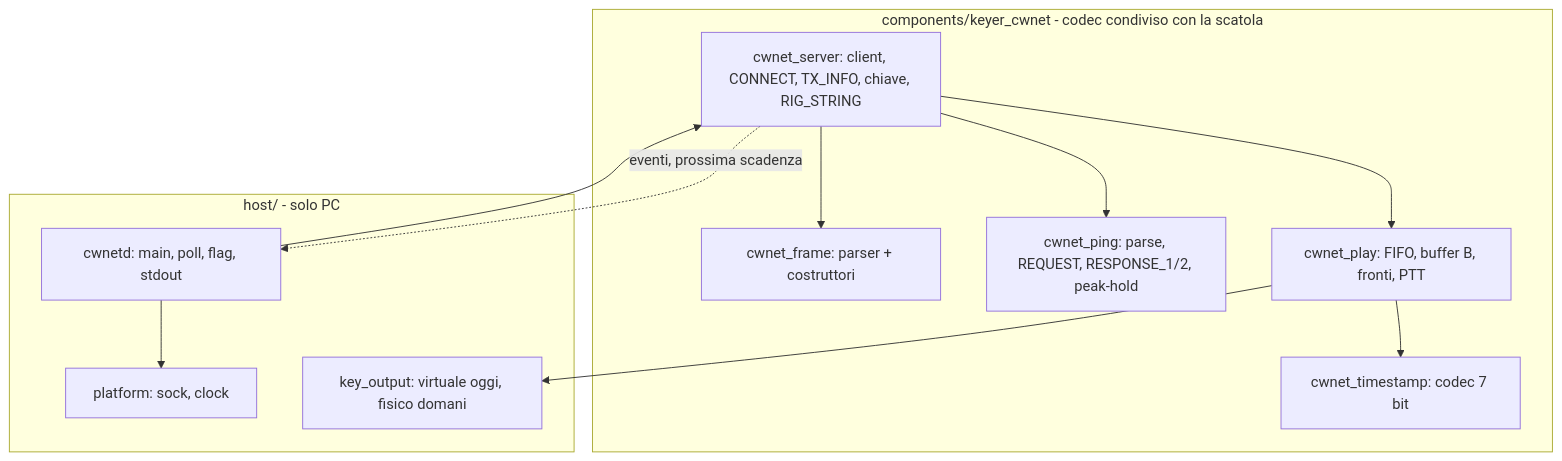
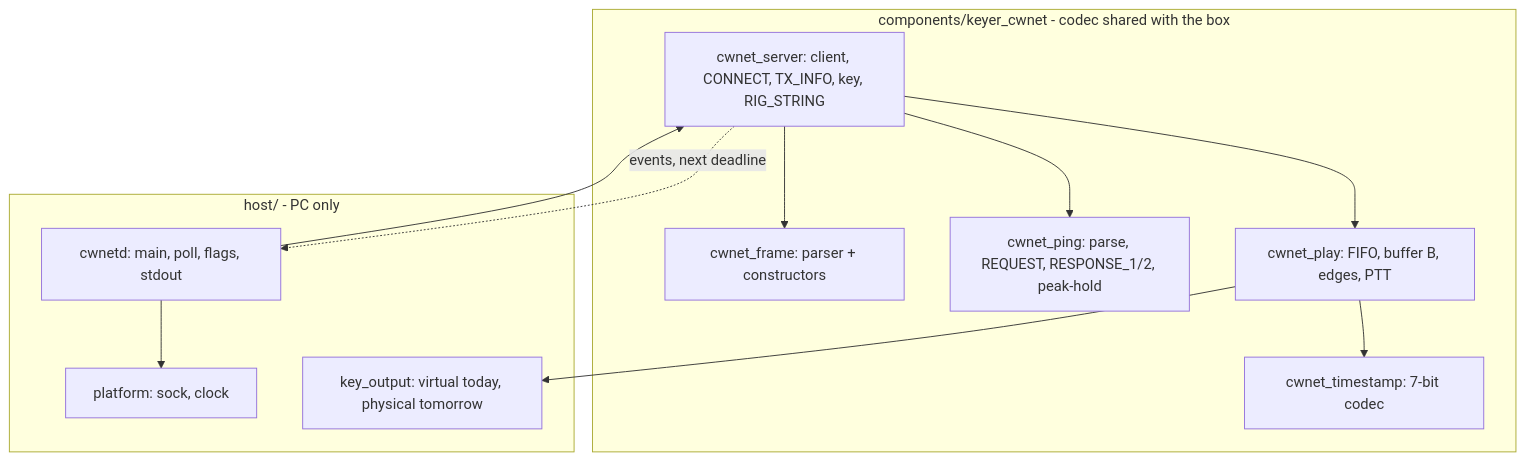
The first of 3 diagrams in docs/plans/2026-09-08-2158-feat-station-daemon-plan.md (iu3qez/RemoteCWKeyer-esp32), drawn with Mermaid before and after one commit. The commit also changed other lines of this file and 31 other files, not shown here.

````diff
--- a/docs/plans/2026-09-08-2158-feat-station-daemon-plan.md
+++ b/docs/plans/2026-09-08-2158-feat-station-daemon-plan.md
@@ -169,23 +169,23 @@
 ```mermaid
 flowchart TB
-  subgraph keyer_cwnet[components/keyer_cwnet - codec condiviso con la scatola]
-    F[cwnet_frame: parser + costruttori]
+  subgraph keyer_cwnet[components/keyer_cwnet - codec shared with the box]
+    F[cwnet_frame: parser + constructors]
     P[cwnet_ping: parse, REQUEST, RESPONSE_1/2, peak-hold]
-    T[cwnet_timestamp: codec 7 bit]
-    S[cwnet_server: client, CONNECT, TX_INFO, chiave, RIG_STRING]
-    Y[cwnet_play: FIFO, buffer B, fronti, PTT]
+    T[cwnet_timestamp: 7-bit codec]
+    S[cwnet_server: client, CONNECT, TX_INFO, key, RIG_STRING]
+    Y[cwnet_play: FIFO, buffer B, edges, PTT]
   end
-  subgraph host[host/ - solo PC]
+  subgraph host[host/ - PC only]
     PL[platform: sock, clock]
-    D[cwnetd: main, poll, flag, stdout]
-    O[key_output: virtuale oggi, fisico domani]
+    D[cwnetd: main, poll, flags, stdout]
+    O[key_output: virtual today, physical tomorrow]
   end
   D --> PL
   D --> S
   S --> Y
   Y --> O
   S --> F
   S --> P
   Y --> T
-  S -. eventi, prossima scadenza .-> D
+  S -. events, next deadline .-> D
 ```
````
